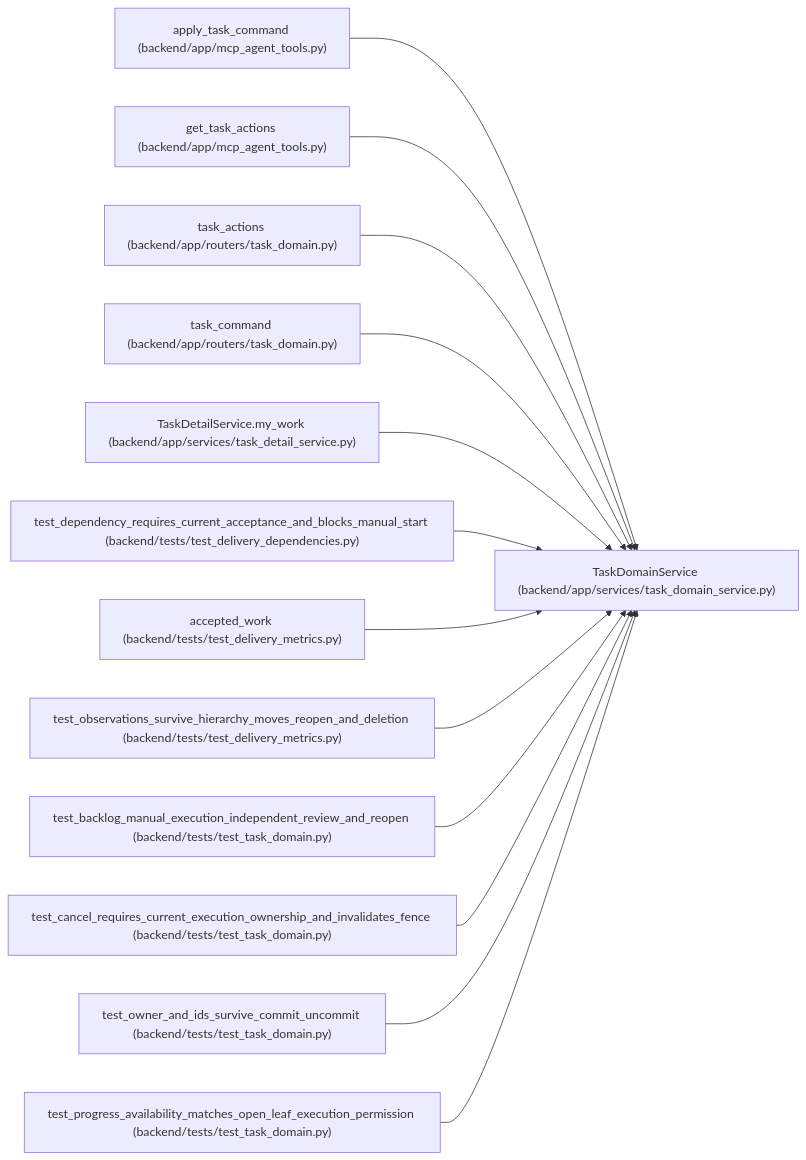
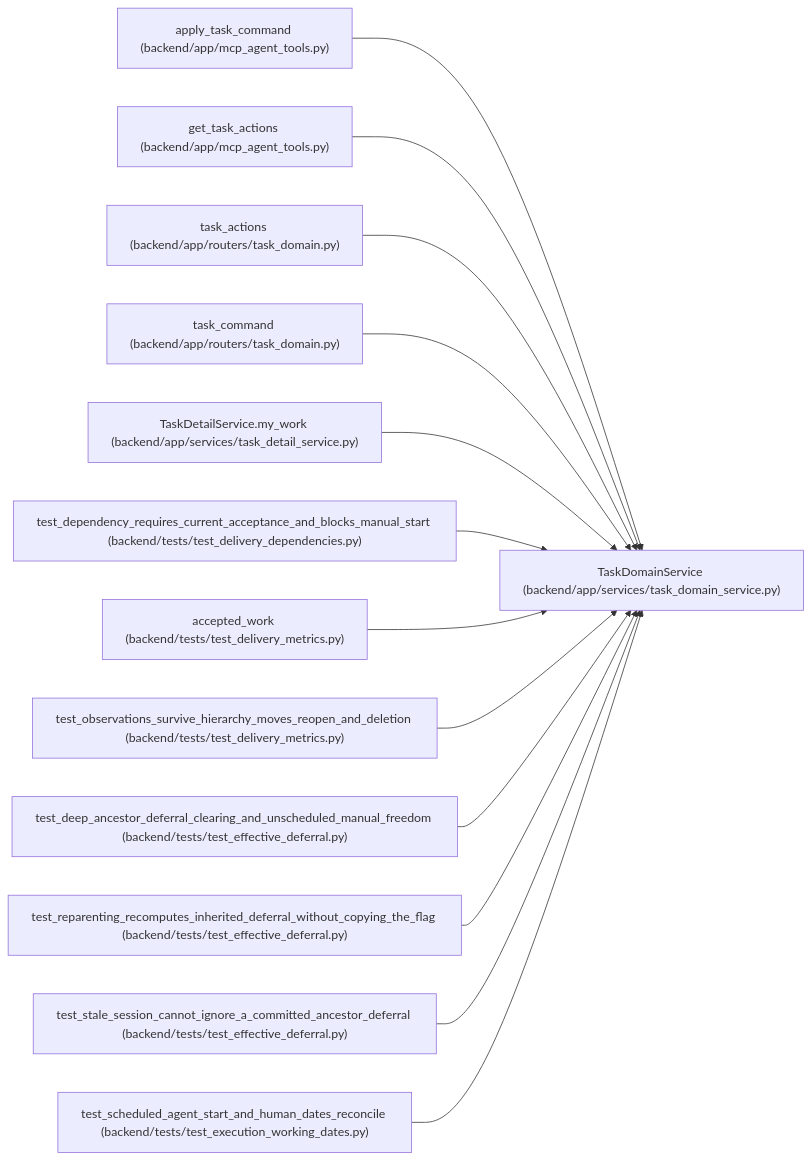
One commit to Denissvgn/WorkChord changed the diagram in docs/llm_wiki/entities/TaskDomainService.md. Above: the diagram before and after it, drawn with Mermaid. The commit also changed other lines of this file and 10148 other files, not shown here.

````diff
--- a/docs/llm_wiki/entities/TaskDomainService.md
+++ b/docs/llm_wiki/entities/TaskDomainService.md
@@ -31,41 +32,41 @@
 ```mermaid
 flowchart LR
     n0["TaskDomainService (backend/app/services/task_domain_service.py)"]
     n1["apply_task_command (backend/app/mcp_agent_tools.py)"]
     n2["get_task_actions (backend/app/mcp_agent_tools.py)"]
     n3["task_actions (backend/app/routers/task_domain.py)"]
     n4["task_command (backend/app/routers/task_domain.py)"]
     n5["TaskDetailService.my_work (backend/app/services/task_detail_service.py)"]
     n6["test_dependency_requires_current_acceptance_and_blocks_manual_start (backend/tests/test_delivery_dependencies.py)"]
     n7["accepted_work (backend/tests/test_delivery_metrics.py)"]
     n8["test_observations_survive_hierarchy_moves_reopen_and_deletion (backend/tests/test_delivery_metrics.py)"]
-    n9["test_backlog_manual_execution_independent_review_and_reopen (backend/tests/test_task_domain.py)"]
-    n10["test_cancel_requires_current_execution_ownership_and_invalidates_fence (backend/tests/test_task_domain.py)"]
-    n11["test_owner_and_ids_survive_commit_uncommit (backend/tests/test_task_domain.py)"]
-    n12["test_progress_availability_matches_open_leaf_execution_permission (backend/tests/test_task_domain.py)"]
+    n9["test_deep_ancestor_deferral_clearing_and_unscheduled_manual_freedom (backend/tests/test_effective_deferral.py)"]
+    n10["test_reparenting_recomputes_inherited_deferral_without_copying_the_flag (backend/tests/test_effective_deferral.py)"]
+    n11["test_stale_session_cannot_ignore_a_committed_ancestor_deferral (backend/tests/test_effective_deferral.py)"]
+    n12["test_scheduled_agent_start_and_human_dates_reconcile (backend/tests/test_execution_working_dates.py)"]
     n1 --> n0
     n2 --> n0
     n3 --> n0
     n4 --> n0
     n5 --> n0
     n6 --> n0
     n7 --> n0
     n8 --> n0
     n9 --> n0
     n10 --> n0
     n11 --> n0
     n12 --> n0
     click n0 "../modules/task_domain_service.md"
     click n1 "../modules/mcp_agent_tools.md"
     click n2 "../modules/mcp_agent_tools.md"
     click n3 "../modules/routers_task_domain.md"
     click n4 "../modules/routers_task_domain.md"
     click n5 "../modules/task_detail_service.md"
     click n6 "../modules/test_delivery_dependencies.md"
     click n7 "../modules/test_delivery_metrics.md"
     click n8 "../modules/test_delivery_metrics.md"
-    click n9 "../modules/test_task_domain.md"
-    click n10 "../modules/test_task_domain.md"
-    click n11 "../modules/test_task_domain.md"
-    click n12 "../modules/test_task_domain.md"
+    click n9 "../modules/test_effective_deferral.md"
+    click n10 "../modules/test_effective_deferral.md"
+    click n11 "../modules/test_effective_deferral.md"
+    click n12 "../modules/test_execution_working_dates.md"
 ```
````
